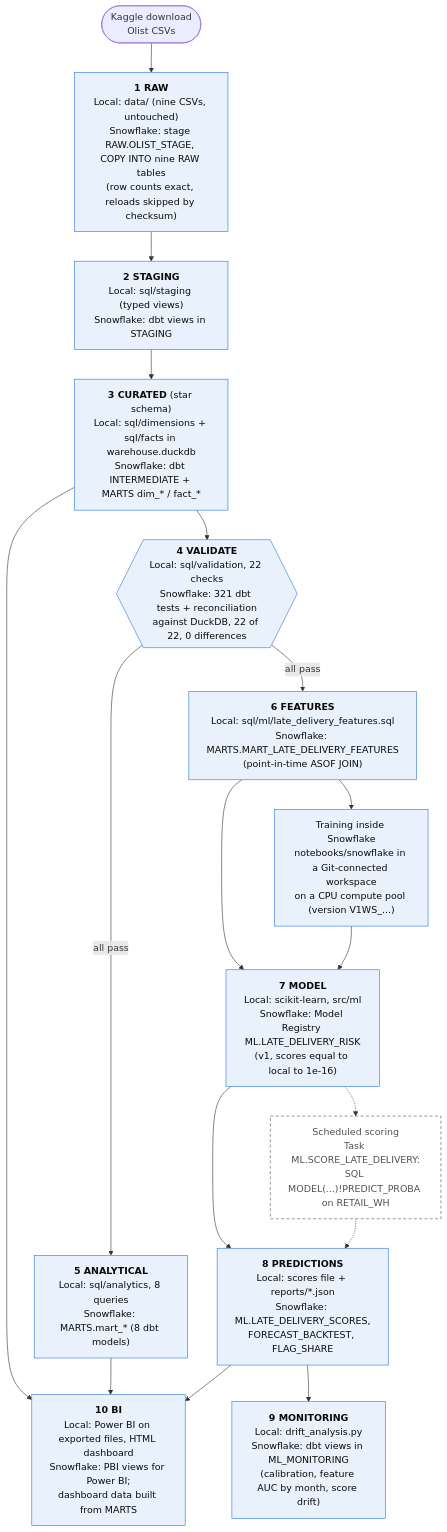
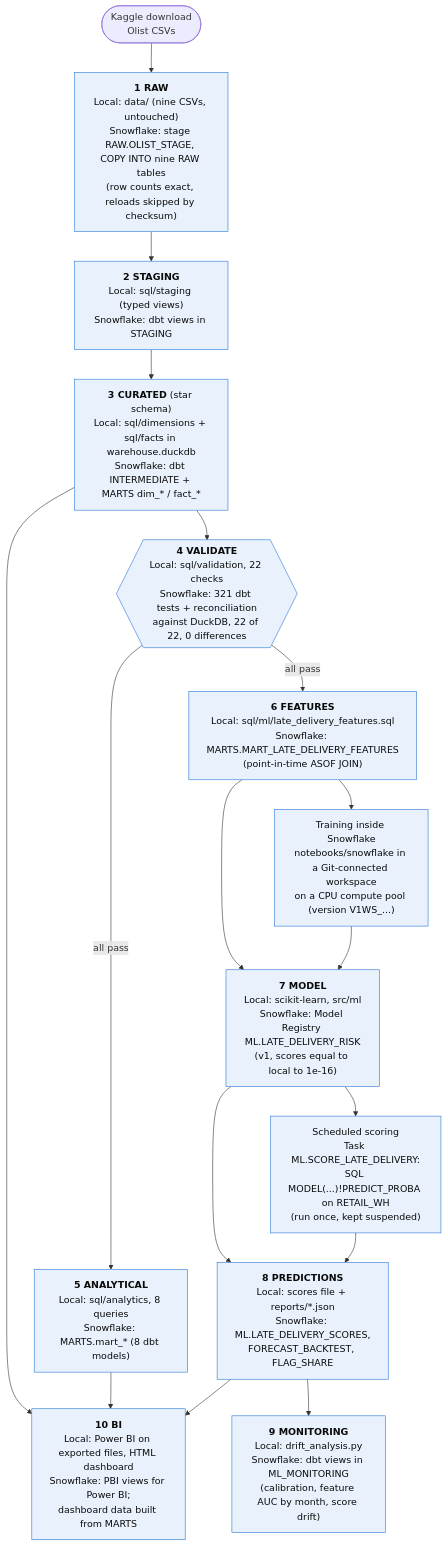
One commit to garcane/Retail-Analytics-Forecasting-Customer-Intelligence changed the diagram in README.md. Above: the diagram before and after it, drawn with Mermaid. The commit also changed other lines of this file and 12 other files, not shown here.

First line of the commit message:
feat(snowflake): notebook checks pass in Snowflake; scoring task live; credits measured; drop marimo

````diff
--- a/README.md
+++ b/README.md
@@ -38,33 +38,32 @@
 ```mermaid
 flowchart TB
     K(["Kaggle download<br/>Olist CSVs"]) --> RAW
 
     RAW["<b>1 RAW</b><br/>Local: data/ (nine CSVs, untouched)<br/>Snowflake: stage RAW.OLIST_STAGE, COPY INTO nine RAW tables<br/>(row counts exact, reloads skipped by checksum)"]
     STG["<b>2 STAGING</b><br/>Local: sql/staging (typed views)<br/>Snowflake: dbt views in STAGING"]
     CUR["<b>3 CURATED</b> (star schema)<br/>Local: sql/dimensions + sql/facts in warehouse.duckdb<br/>Snowflake: dbt INTERMEDIATE + MARTS dim_* / fact_*"]
     CHK{{"<b>4 VALIDATE</b><br/>Local: sql/validation, 22 checks<br/>Snowflake: 321 dbt tests + reconciliation<br/>against DuckDB, 22 of 22, 0 differences"}}
     ANA["<b>5 ANALYTICAL</b><br/>Local: sql/analytics, 8 queries<br/>Snowflake: MARTS.mart_* (8 dbt models)"]
     FEA["<b>6 FEATURES</b><br/>Local: sql/ml/late_delivery_features.sql<br/>Snowflake: MARTS.MART_LATE_DELIVERY_FEATURES<br/>(point-in-time ASOF JOIN)"]
     MOD["<b>7 MODEL</b><br/>Local: scikit-learn, src/ml<br/>Snowflake: Model Registry ML.LATE_DELIVERY_RISK<br/>(v1, scores equal to local to 1e-16)"]
     PRE["<b>8 PREDICTIONS</b><br/>Local: scores file + reports/*.json<br/>Snowflake: ML.LATE_DELIVERY_SCORES,<br/>FORECAST_BACKTEST, FLAG_SHARE"]
     MON["<b>9 MONITORING</b><br/>Local: drift_analysis.py<br/>Snowflake: dbt views in ML_MONITORING<br/>(calibration, feature AUC by month, score drift)"]
     BI["<b>10 BI</b><br/>Local: Power BI on exported files, HTML dashboard<br/>Snowflake: PBI views for Power BI;<br/>dashboard data built from MARTS"]
 
     NB["Training inside Snowflake<br/>notebooks/snowflake in a Git-connected workspace<br/>on a CPU compute pool (version V1WS_...)"]
-    TSK["Scheduled scoring<br/>Task ML.SCORE_LATE_DELIVERY:<br/>SQL MODEL(...)!PREDICT_PROBA on RETAIL_WH"]
+    TSK["Scheduled scoring<br/>Task ML.SCORE_LATE_DELIVERY:<br/>SQL MODEL(...)!PREDICT_PROBA on RETAIL_WH<br/>(run once, kept suspended)"]
 
     RAW --> STG --> CUR --> CHK
     CHK -- "all pass" --> ANA
     CHK -- "all pass" --> FEA
     FEA --> MOD --> PRE --> MON
     CUR --> BI
     ANA --> BI
     PRE --> BI
     FEA --> NB --> MOD
-    MOD -.-> TSK -.-> PRE
+    MOD --> TSK --> PRE
 
     classDef built fill:#e8f1fc,stroke:#2a78d6,color:#0b0b0b
     classDef pending fill:#ffffff,stroke:#52514e,stroke-dasharray:5 4,color:#52514e
-    class RAW,STG,CUR,CHK,ANA,FEA,MOD,PRE,MON,BI,NB built
-    class TSK pending
+    class RAW,STG,CUR,CHK,ANA,FEA,MOD,PRE,MON,BI,NB,TSK built
 ```
````
